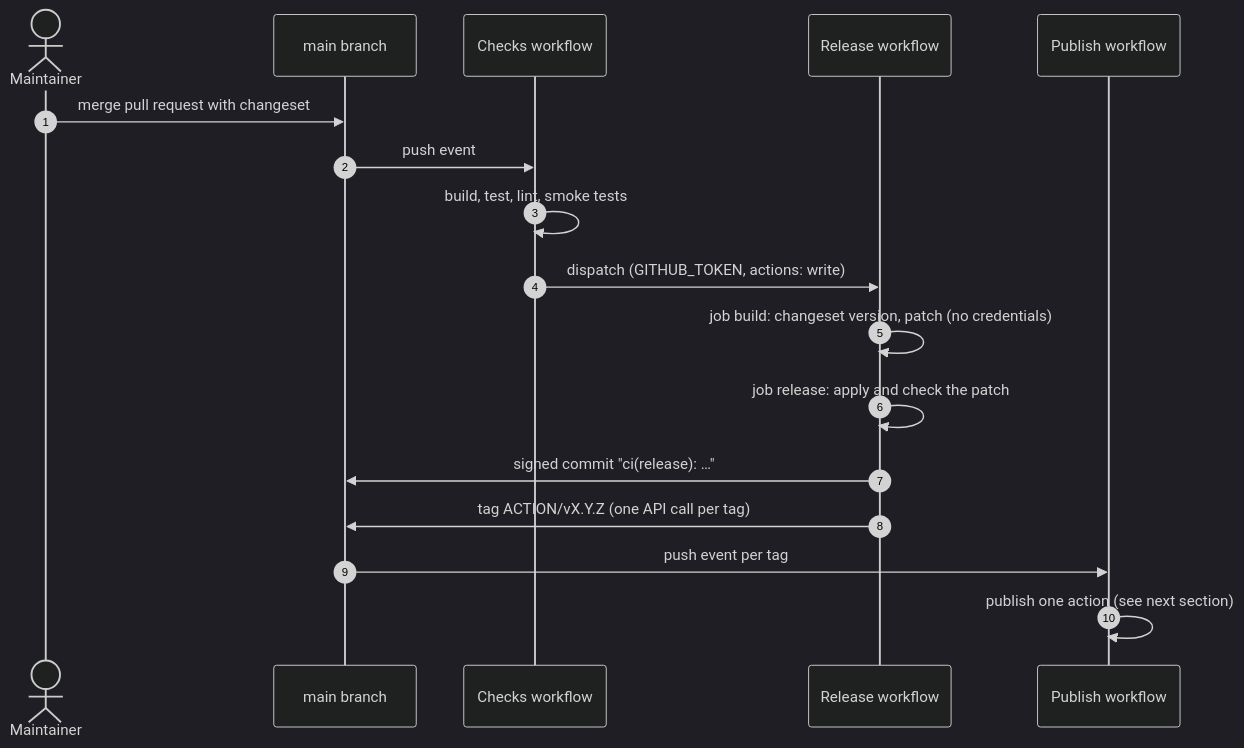
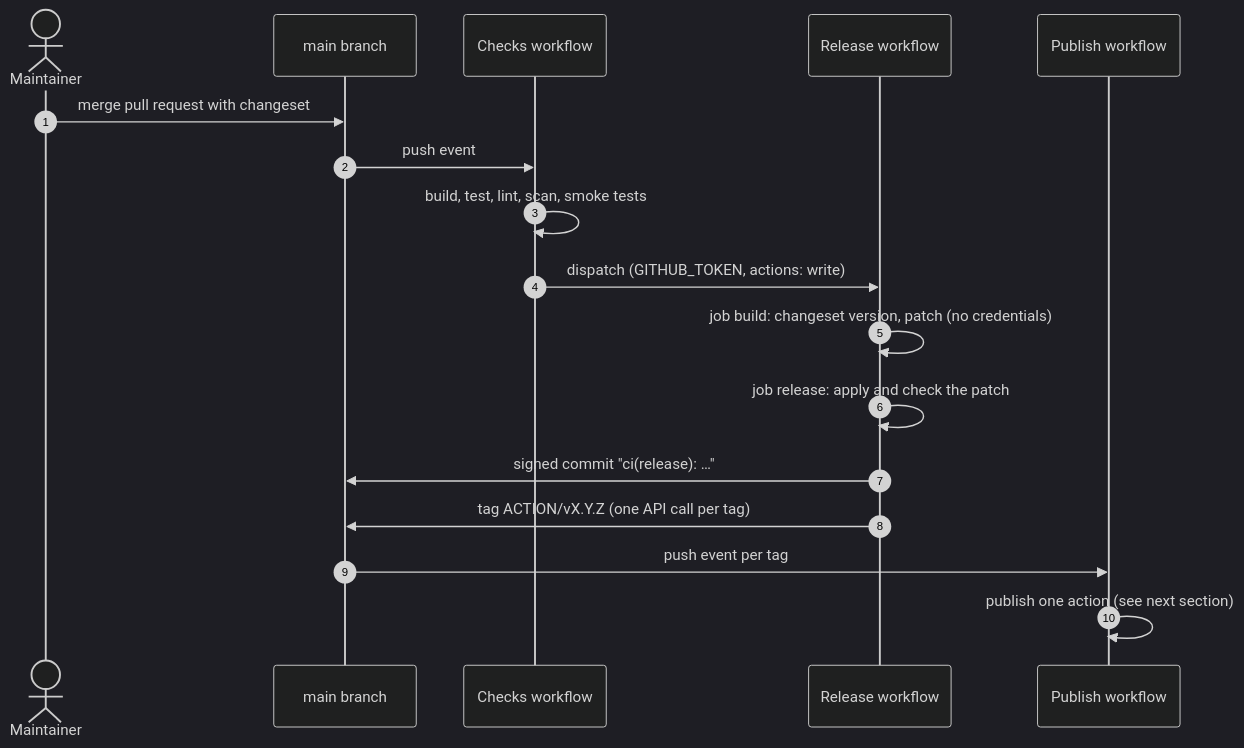
One commit to simbo-actions/actions changed the second of 7 diagrams in ARCHITECTURE.md. Above: the diagram before and after it, drawn with Mermaid (dark theme). The commit also changed other lines of this file and 4 other files, not shown here.

First line of the commit message:
ci(repo): run the smoke tests in their own workflow, called by checks

````diff
--- a/ARCHITECTURE.md
+++ b/ARCHITECTURE.md
@@ -125,20 +125,20 @@
 ```mermaid
 sequenceDiagram
   autonumber
   actor dev as Maintainer
   participant main as main branch
   participant checks as Checks workflow
   participant release as Release workflow
   participant publish as Publish workflow
 
   dev->>main: merge pull request with changeset
   main->>checks: push event
-  checks->>checks: build, test, lint, smoke tests
+  checks->>checks: build, test, lint, scan, smoke tests
   checks->>release: dispatch (GITHUB_TOKEN, actions: write)
   release->>release: job build: changeset version, patch (no credentials)
   release->>release: job release: apply and check the patch
   release->>main: signed commit "ci(release): …"
   release->>main: tag ACTION/vX.Y.Z (one API call per tag)
   main->>publish: push event per tag
   publish->>publish: publish one action (see next section)
 ```
````
